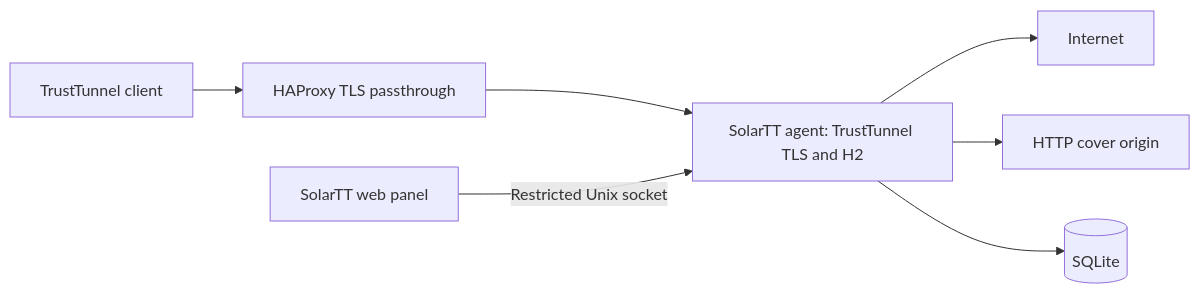
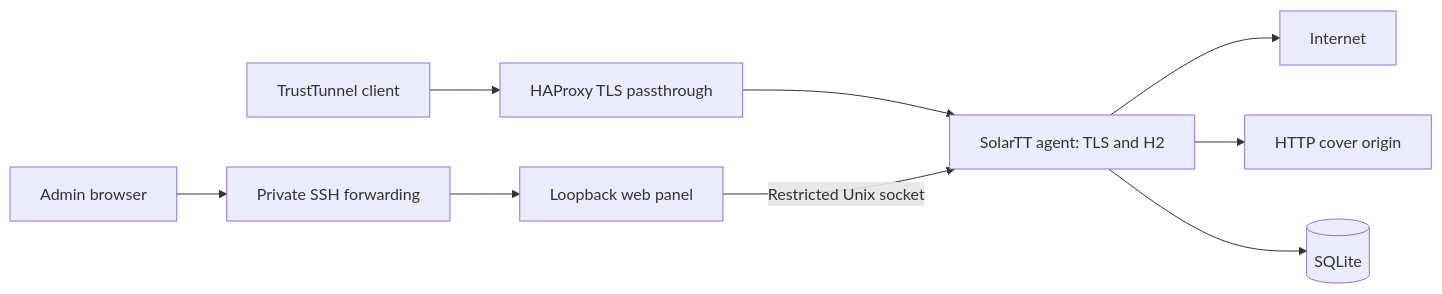
One commit to precox/SolarTT-UI changed the diagram in README.md. Above: the diagram before and after it, drawn with Mermaid. The commit also changed other lines of this file and 24 other files, not shown here.

````diff
--- a/README.md
+++ b/README.md
@@ -30,9 +44,11 @@
 ```mermaid
 flowchart LR
     Client[TrustTunnel client] --> Proxy[HAProxy TLS passthrough]
-    Proxy --> Agent[SolarTT agent: TrustTunnel TLS and H2]
+    Proxy --> Agent[SolarTT agent: TLS and H2]
     Agent --> Internet[Internet]
     Agent --> Cover[HTTP cover origin]
-    Panel[SolarTT web panel] -->|Restricted Unix socket| Agent
+    Browser[Admin browser] --> SSH[Private SSH forwarding]
+    SSH --> Panel[Loopback web panel]
+    Panel -->|Restricted Unix socket| Agent
     Agent --> DB[(SQLite)]
 ```
````
